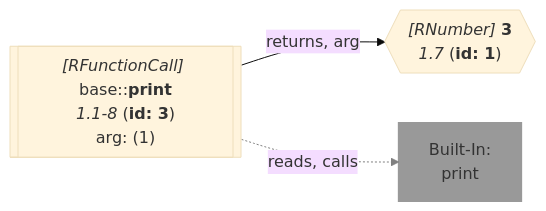
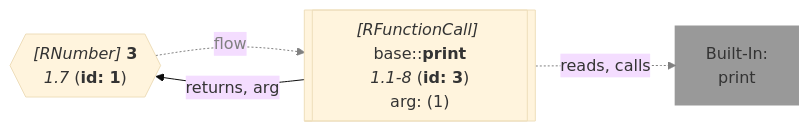
Diagram 15 of 22 in wiki/Control Flow Graph.md (flowr-analysis/flowr), drawn with Mermaid (base theme) before and after one commit. The commit also changed other lines of this file and 141 other files, not shown here.

````diff
--- a/wiki/Control Flow Graph.md
+++ b/wiki/Control Flow Graph.md
@@ -1050,15 +854,16 @@
 ```mermaid
 flowchart LR
     1{{"`*#91;RNumber#93;* **3**
       *1.7* (**id: 1**)`"}}
-   %% No edges found for 1
     3[["`*#91;RFunctionCall#93;* base#58;#58;**print**
       *1.1-8* (**id: 3**)
     arg: (1)`"]]
     built-in:print["`Built-In:
 print`"]
     style built-in:print stroke:gray,fill:gray,stroke-width:2px,opacity:.8;
+    1 -.->|"flow"| 3
+    linkStyle 0 stroke:gray,color:gray;
     3 -->|"returns, arg"| 1
     3 -.->|"reads, calls"| built-in:print
-    linkStyle 1 stroke:gray;
+    linkStyle 2 stroke:gray;
 ```
````
